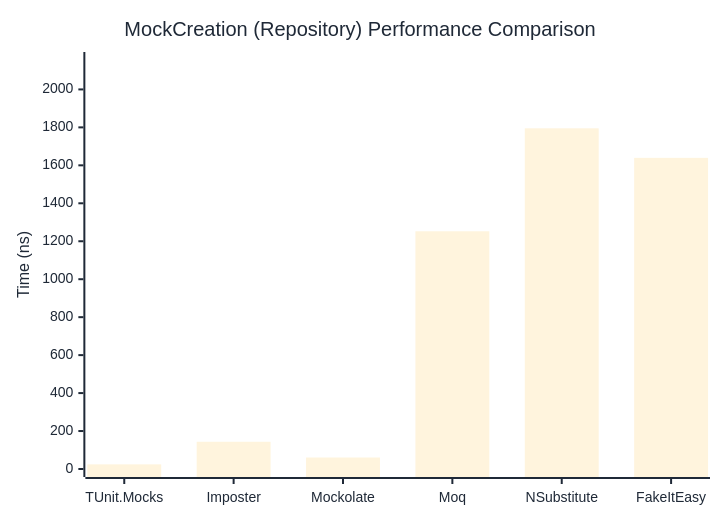
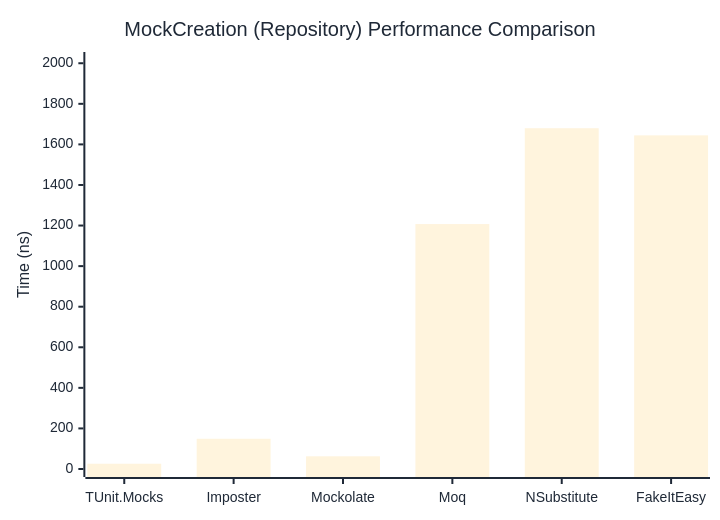
The second of 2 diagrams in docs/docs/benchmarks/mocks/MockCreation.md (thomhurst/TUnit), drawn with Mermaid before and after one commit. The commit also changed other lines of this file and 14 other files, not shown here.

````diff
--- a/docs/docs/benchmarks/mocks/MockCreation.md
+++ b/docs/docs/benchmarks/mocks/MockCreation.md
@@ -69,27 +69,27 @@
 ```mermaid
 %%{init: {
   'theme':'base',
   'themeVariables': {
     'primaryColor': '#2563eb',
     'primaryTextColor': '#1f2937',
     'primaryBorderColor': '#1e40af',
     'lineColor': '#6b7280',
     'secondaryColor': '#7c3aed',
     'tertiaryColor': '#dc2626',
     'background': '#ffffff',
     'pie1': '#2563eb',
     'pie2': '#7c3aed',
     'pie3': '#dc2626',
     'pie4': '#f59e0b',
     'pie5': '#10b981',
     'pie6': '#06b6d4',
     'pie7': '#ec4899',
     'pie8': '#6366f1'
   }
 }}%%
 xychart-beta
   title "MockCreation (Repository) Performance Comparison"
   x-axis ["TUnit.Mocks", "Imposter", "Mockolate", "Moq", "NSubstitute", "FakeItEasy"]
-  y-axis "Time (ns)" 0 --> 2155
-  bar [24.47, 143.52, 60.55, 1252.59, 1795.12, 1639.39]
+  y-axis "Time (ns)" 0 --> 2016
+  bar [25.95, 149.09, 62.55, 1207.25, 1679.76, 1644.48]
 ```
````
